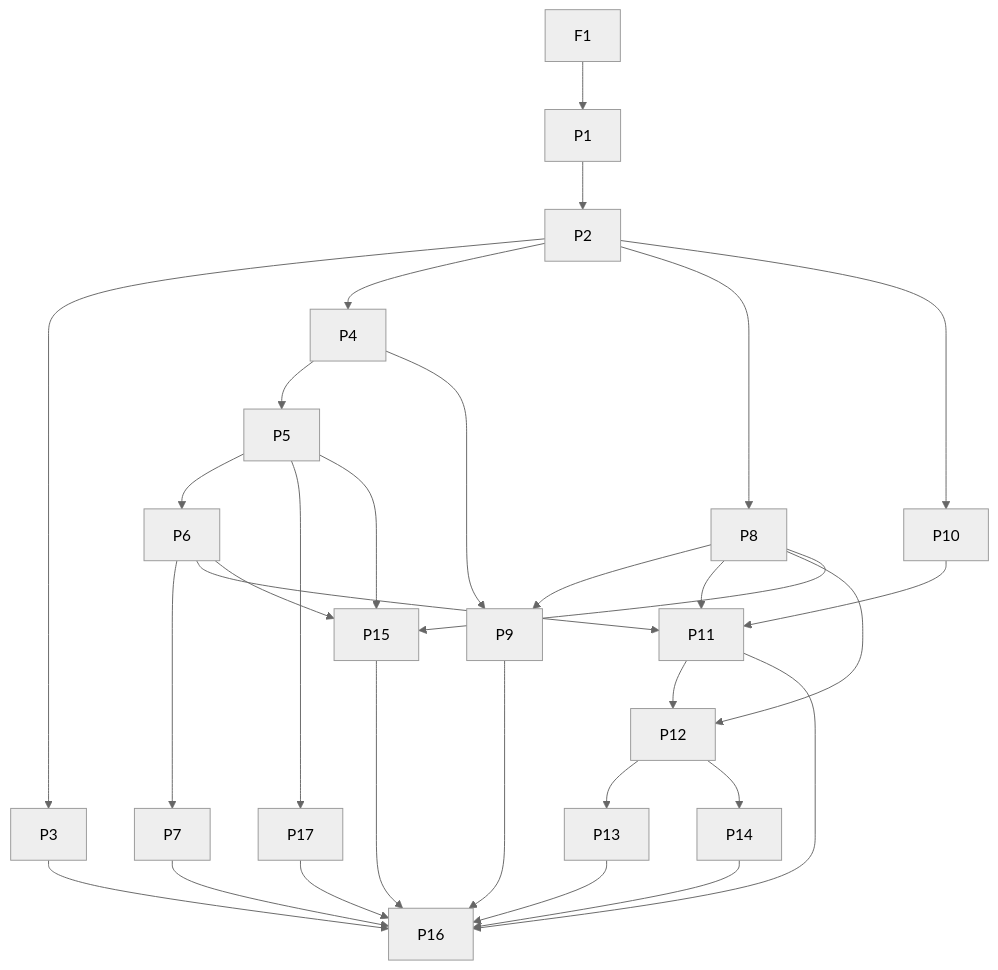
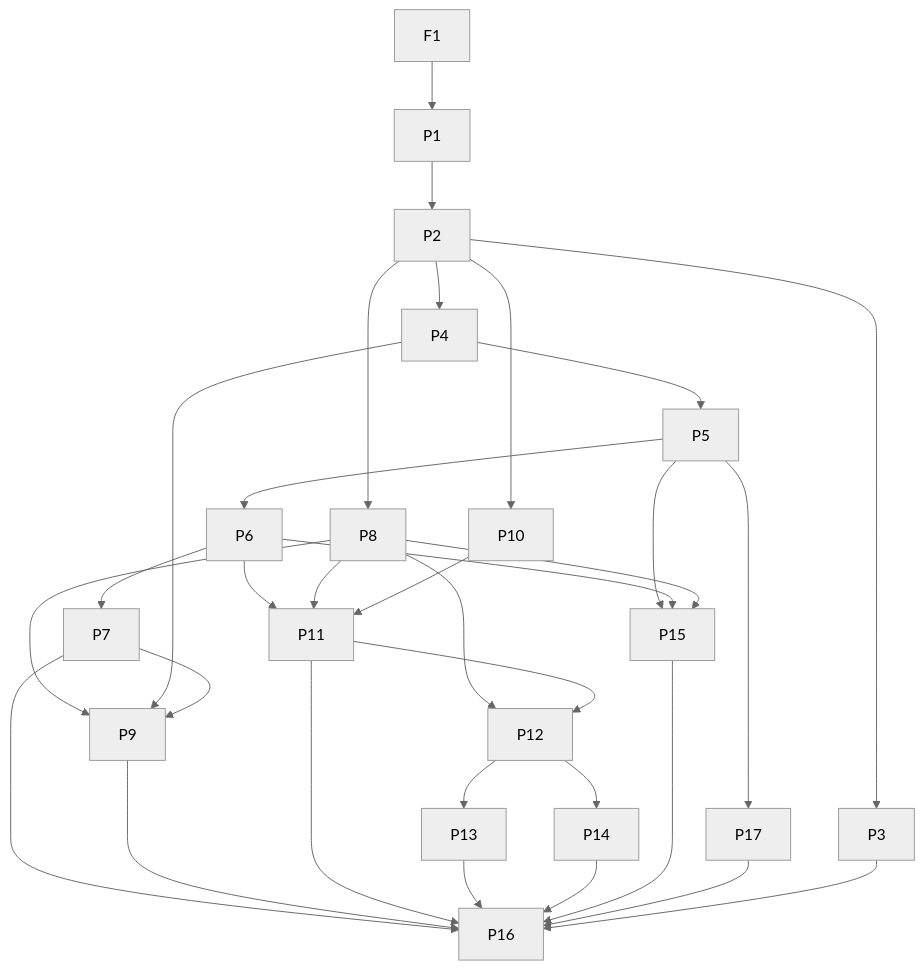
One commit to systemfsoftware/effect-e2e changed the second of 2 diagrams in docs/plans/2026-11-10-0232-feat-e2e-bar-slop-refusal-plan.md. Above: the diagram before and after it, drawn with Mermaid (neutral theme). The commit also changed other lines of this file, not shown here.

````diff
--- a/docs/plans/2026-11-10-0232-feat-e2e-bar-slop-refusal-plan.md
+++ b/docs/plans/2026-11-10-0232-feat-e2e-bar-slop-refusal-plan.md
@@ -306,28 +308,29 @@
 ```mermaid
 flowchart TB
   F1 --> P1 --> P2
   P2 --> P3
   P2 --> P4 --> P5 --> P6 --> P7
   P5 --> P17
   P2 --> P8 --> P9
   P4 --> P9
+  P7 --> P9
   P2 --> P10
   P6 --> P11
   P8 --> P11
   P10 --> P11
   P8 --> P12
   P11 --> P12
   P12 --> P13
   P12 --> P14
   P5 --> P15
   P6 --> P15
   P8 --> P15
   P7 --> P16
   P9 --> P16
   P11 --> P16
   P13 --> P16
   P14 --> P16
   P15 --> P16
   P17 --> P16
   P3 --> P16
 ```
````
